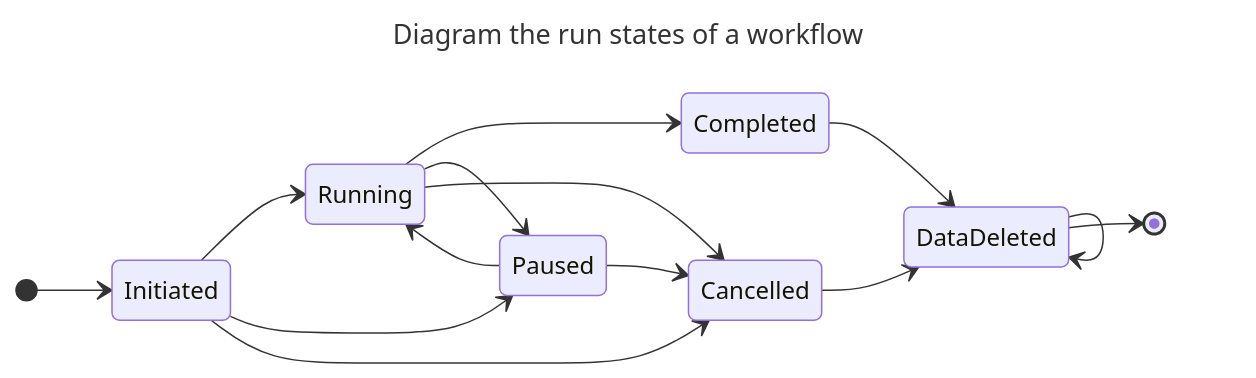
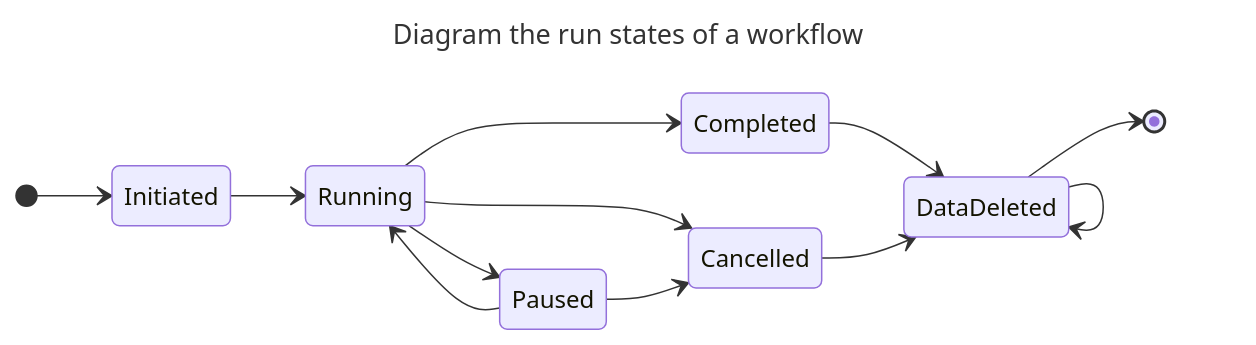
The diagram in runstate.md (luno/workflow), drawn with Mermaid before and after one commit. The commit also changed 5 other files, not shown here.

````diff
--- a/runstate.md
+++ b/runstate.md
@@ -1,26 +1,24 @@
 ```mermaid
 ---
 title: Diagram the run states of a workflow
 ---
 stateDiagram-v2
 	direction LR
     
 	[*]-->Initiated
 
     Initiated-->Running
-    Initiated-->Paused
-    Initiated-->Cancelled
     
     Running-->Completed
     Running-->Paused
     Running-->Cancelled
 
     Paused-->Running
     Paused-->Cancelled
     
     Completed-->DataDeleted
     Cancelled-->DataDeleted
 
     DataDeleted-->DataDeleted
     DataDeleted-->[*]
 ```
````
